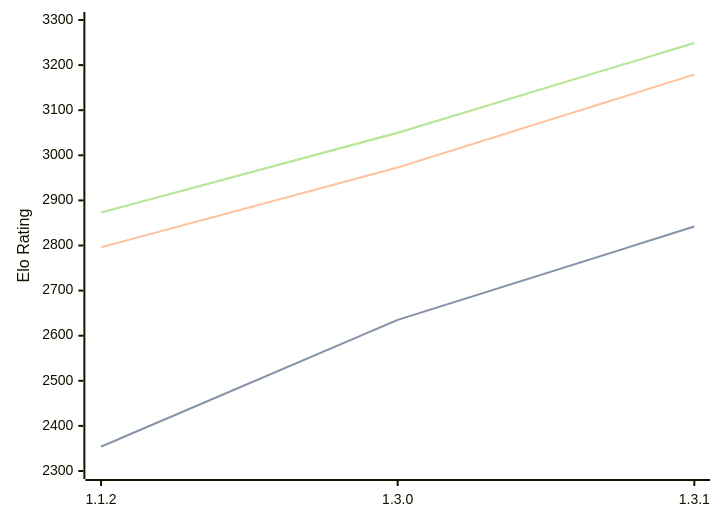
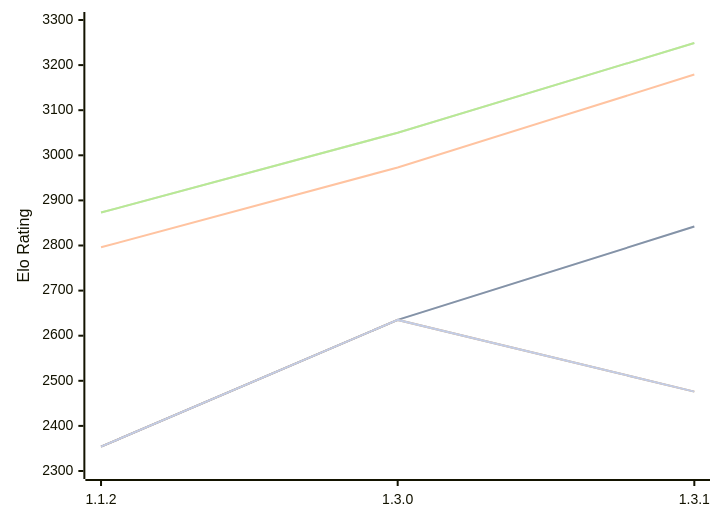
Before and after one commit to computer-chess-index/cci: the diagram in engines/Ember.md, drawn with Mermaid. The commit also changed other lines of this file, not shown here.

Commit message:
Update CCI Ratings (ELO VLTC) - 2026-10-11

````diff
--- a/engines/Ember.md
+++ b/engines/Ember.md
@@ -49,16 +49,13 @@
 ```mermaid
 %%{init: {"theme":"base","themeVariables":{"seriesColors:['#a3a3a3','#222221','#faa371']}}}%%
 xychart-beta
   x-axis ["1.1.2", "1.3.0", "1.3.1"]
   y-axis "Elo Rating" 2300 --> 3300
   line "" [2354, 2635, 2842]
   line "T1: STC (8.0+0.08s)" [2354, 2635, 2842]
   line "T1: LTC (60.0+0.60s)" [2796, 2973, 3179]
   line "" [2873, 3050, 3249]
   line "T1: VLTC (2m24s+1.12s)" [2873, 3050, 3249]
-  line "" [2466]
-  line "E1: STC (8.0+0.08s)" [2466]
-  line "E1: LTC (60.0+0.60s)" [2824]
-  line "" [2992]
-  line "E1: VLTC (2m24s+1.12s)" [2992]
+  line "" [2354, 2635,2476]
+  line "E1: STC (8.0+0.08s)" [2354, 2635,2476]
 ```
````
